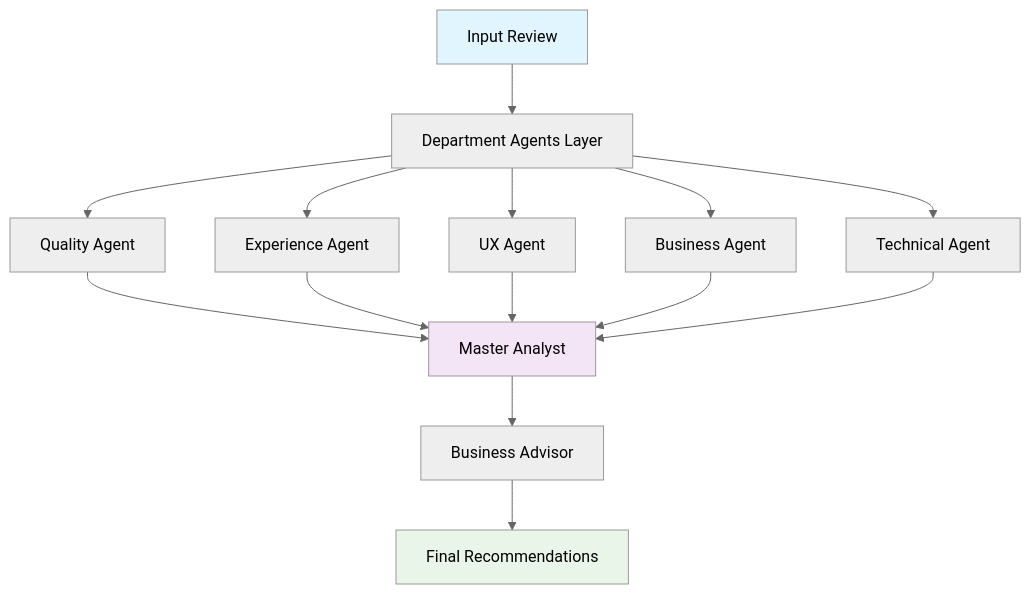
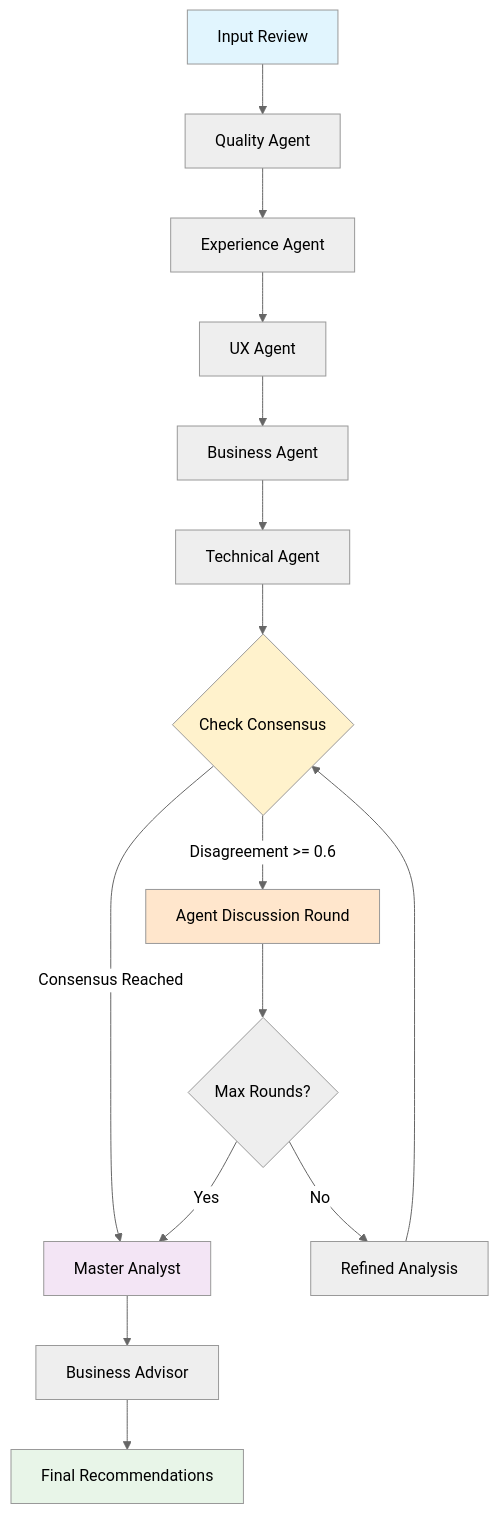
Before and after one commit to mietheweirdo/multi-ai-agents-for-sentiment-analysis: the diagram in README.md, drawn with Mermaid (neutral theme). The commit also changed other lines of this file, not shown here.

````diff
--- a/README.md
+++ b/README.md
@@ -28,22 +28,26 @@
 ```mermaid
 graph TD
-    A[Input Review] --> B[Department Agents Layer]
-    B --> C[Quality Agent]
-    B --> D[Experience Agent]
-    B --> E[UX Agent]
-    B --> F[Business Agent]
-    B --> G[Technical Agent]
+    A[Input Review] --> B[Quality Agent]
+    B --> C[Experience Agent]
+    C --> D[UX Agent]
+    D --> E[Business Agent]
+    E --> F[Technical Agent]
     
-    C --> H[Master Analyst]
-    D --> H
-    E --> H
-    F --> H
-    G --> H
+    F --> G{Check Consensus}
+    G -->|Disagreement >= 0.6| H[Agent Discussion Round]
+    G -->|Consensus Reached| I[Master Analyst]
     
-    H --> I[Business Advisor]
-    I --> J[Final Recommendations]
+    H --> J{Max Rounds?}
+    J -->|No| K[Refined Analysis]
+    J -->|Yes| I
+    K --> G
+    
+    I --> L[Business Advisor]
+    L --> M[Final Recommendations]
     
     style A fill:#e1f5fe
-    style H fill:#f3e5f5
-    style J fill:#e8f5e8
+    style G fill:#fff2cc
+    style H fill:#ffe6cc
+    style I fill:#f3e5f5
+    style M fill:#e8f5e8
 ```
````
